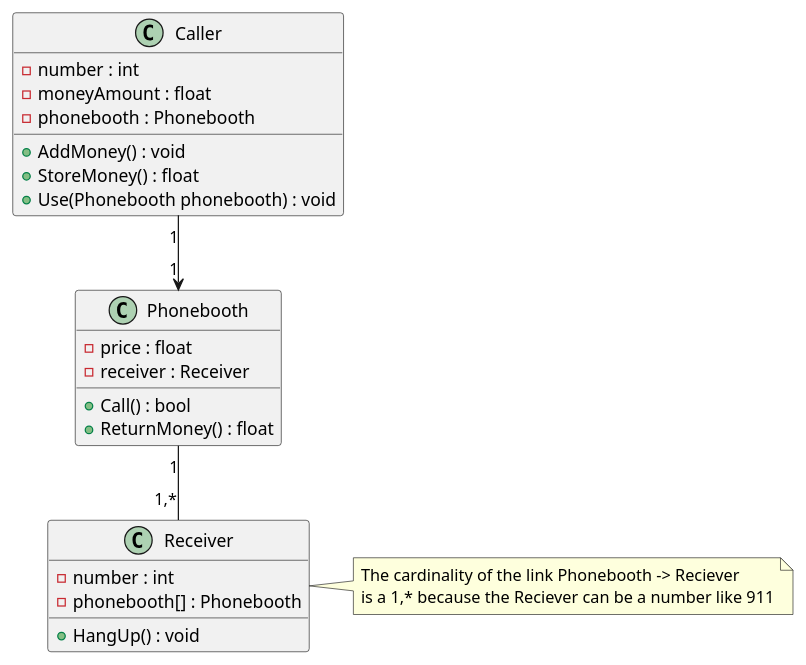
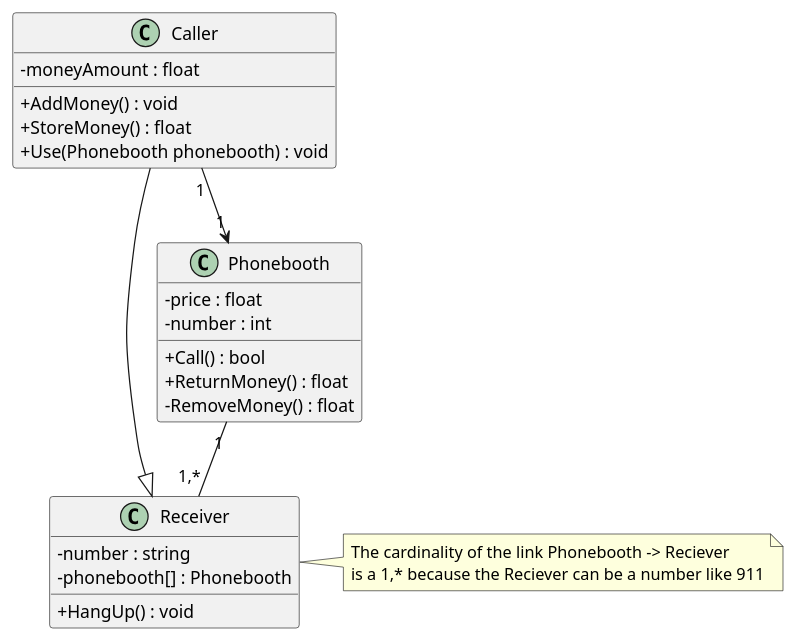
One commit to CPNV-ES/UML1-BJV changed the diagram in documentation/ClassDiagram-publiphone.puml. Above: the diagram before and after it, drawn with PlantUML.

```diff
--- a/documentation/ClassDiagram-publiphone.puml
+++ b/documentation/ClassDiagram-publiphone.puml
@@ -1,33 +1,33 @@
 @startuml
-skinparam classAttributeIconSize 11
+skinparam classAttributeIconSize 0
 class Caller {
-    - number : int
     - moneyAmount : float
-    - phonebooth : Phonebooth
     + AddMoney() : void
     + StoreMoney() : float
     + Use(Phonebooth phonebooth) : void
 
 }
 class Phonebooth {
     - price : float
-    - receiver : Receiver
+    - number : int
     + Call() : bool
     + ReturnMoney() : float
+    - RemoveMoney() : float
 }
 
 class Receiver {
-    - number : int
+    - number : string
     - phonebooth[] : Phonebooth
     + HangUp() : void
 }
+Caller --|> Receiver
 
 Caller "1" --> "1" Phonebooth
 Phonebooth "1" -- "1,*" Receiver
 
 note right of Receiver
   The cardinality of the link Phonebooth -> Reciever
   is a 1,* because the Reciever can be a number like 911
 end note
 
 @enduml
```
